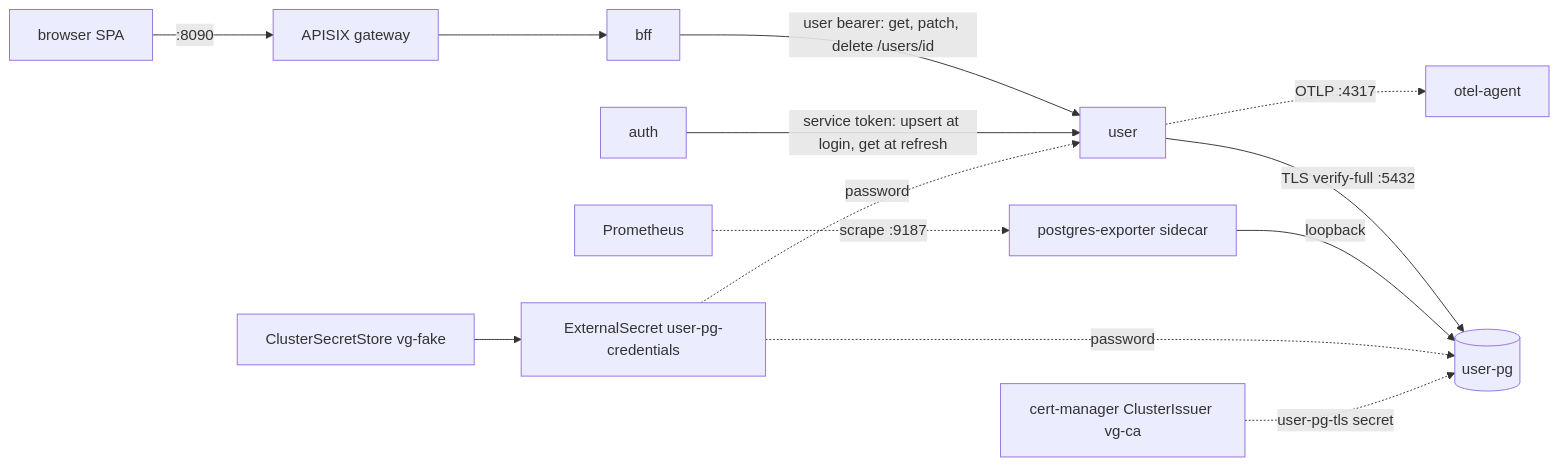
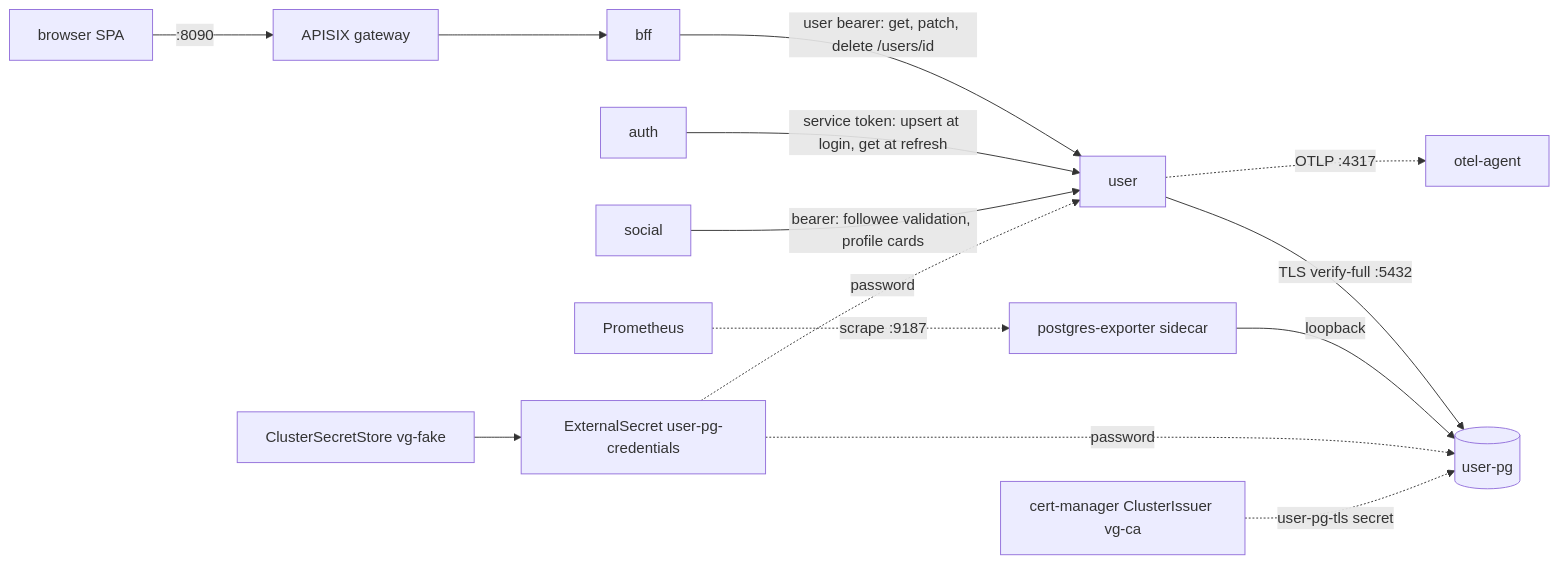
Before and after one commit to levonn-dev/vg-collect: the first of 2 diagrams in docs/runbooks/user.md, drawn with Mermaid. The commit also changed other lines of this file and 10 other files, not shown here.

Commit message:
feat(observability): social dashboard, availability alert, runbook, stack docs, arch diagram

````diff
--- a/docs/runbooks/user.md
+++ b/docs/runbooks/user.md
@@ -31,15 +31,16 @@
 ```mermaid
 graph LR
     browser[browser SPA] -->|:8090| gw[APISIX gateway]
     gw --> bff
     bff -->|user bearer: get, patch, delete /users/id| user
     auth -->|service token: upsert at login, get at refresh| user
+    social[social] -->|bearer: followee validation, profile cards| user
     user -->|TLS verify-full :5432| pg[(user-pg)]
     exp[postgres-exporter sidecar] -->|loopback| pg
     prom[Prometheus] -.->|scrape :9187| exp
     user -.->|OTLP :4317| otel[otel-agent]
     css[ClusterSecretStore vg-fake] --> es[ExternalSecret user-pg-credentials]
     es -.->|password| user
     es -.->|password| pg
     cm[cert-manager ClusterIssuer vg-ca] -.->|user-pg-tls secret| pg
 ```
````
